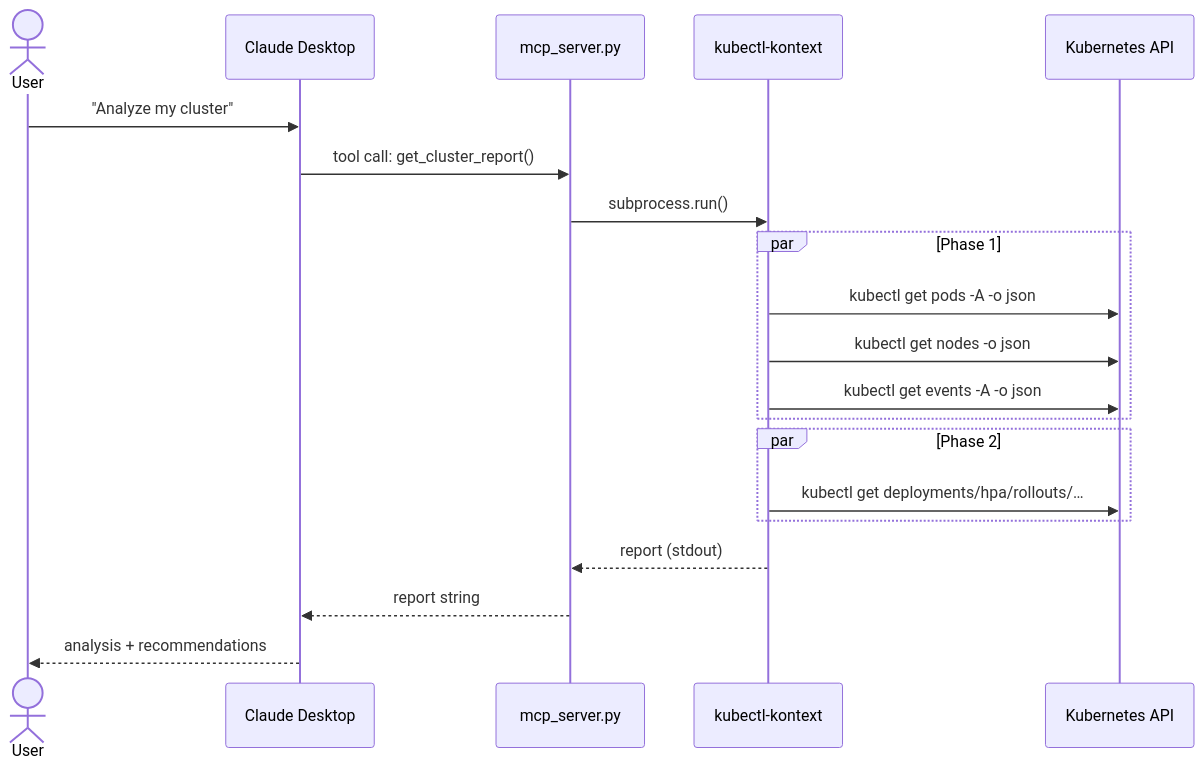
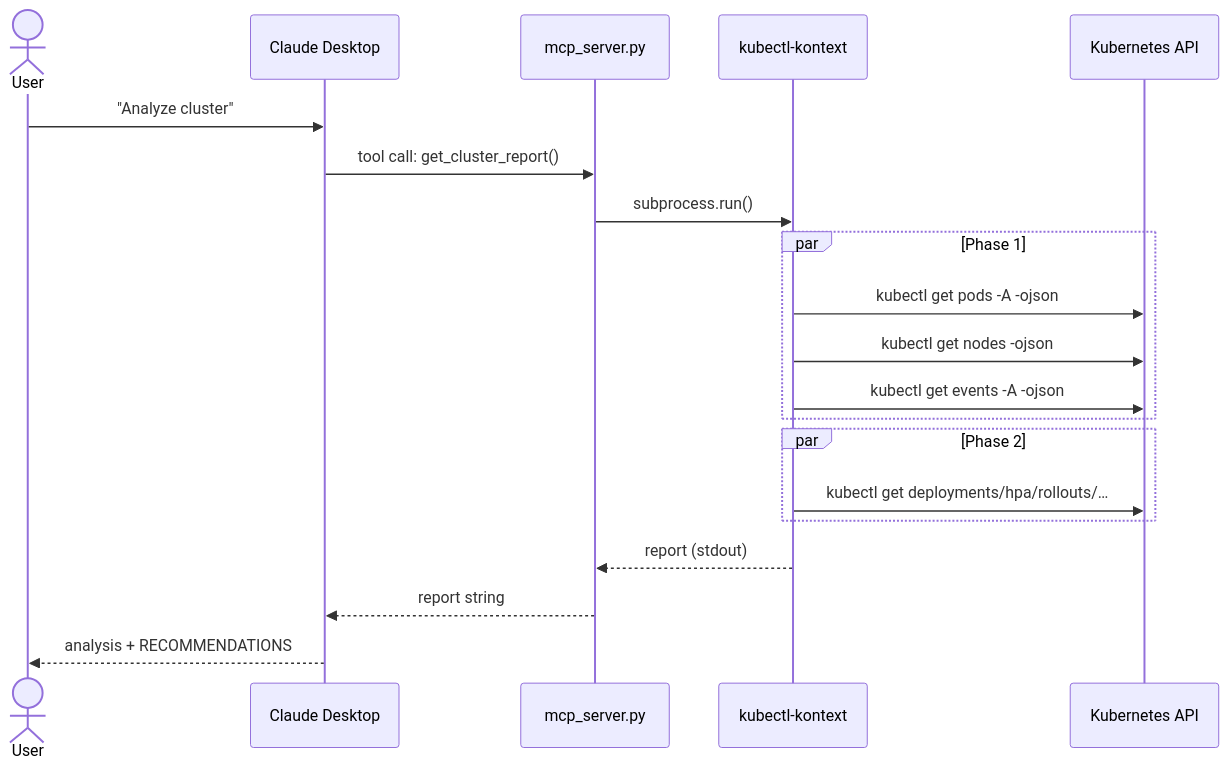
The diagram in local_mpc_setup/architecture.md (alexandrudejanu/kubectl-kontext), drawn with Mermaid before and after one commit.

````diff
--- a/local_mpc_setup/architecture.md
+++ b/local_mpc_setup/architecture.md
@@ -44,23 +44,23 @@
 ```mermaid
 sequenceDiagram
     actor User
     participant CD as Claude Desktop
     participant MCP as mcp_server.py
     participant KK as kubectl-kontext
     participant K8s as Kubernetes API
 
-    User->>CD: "Analyze my cluster"
+    User->>CD: "Analyze cluster"
     CD->>MCP: tool call: get_cluster_report()
     MCP->>KK: subprocess.run()
     par Phase 1
-        KK->>K8s: kubectl get pods -A -o json
-        KK->>K8s: kubectl get nodes -o json
-        KK->>K8s: kubectl get events -A -o json
+        KK->>K8s: kubectl get pods -A -ojson
+        KK->>K8s: kubectl get nodes -ojson
+        KK->>K8s: kubectl get events -A -ojson
     end
     par Phase 2
         KK->>K8s: kubectl get deployments/hpa/rollouts/…
     end
     KK-->>MCP: report (stdout)
     MCP-->>CD: report string
-    CD-->>User: analysis + recommendations
+    CD-->>User: analysis + RECOMMENDATIONS
 ```
````
